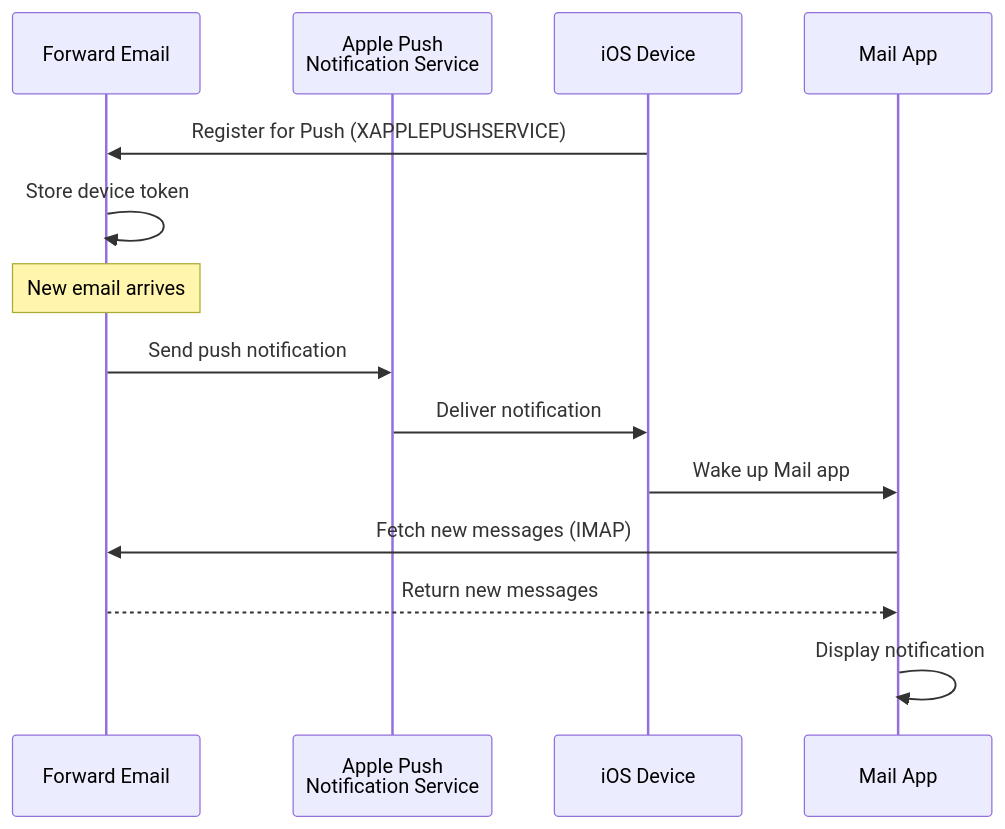
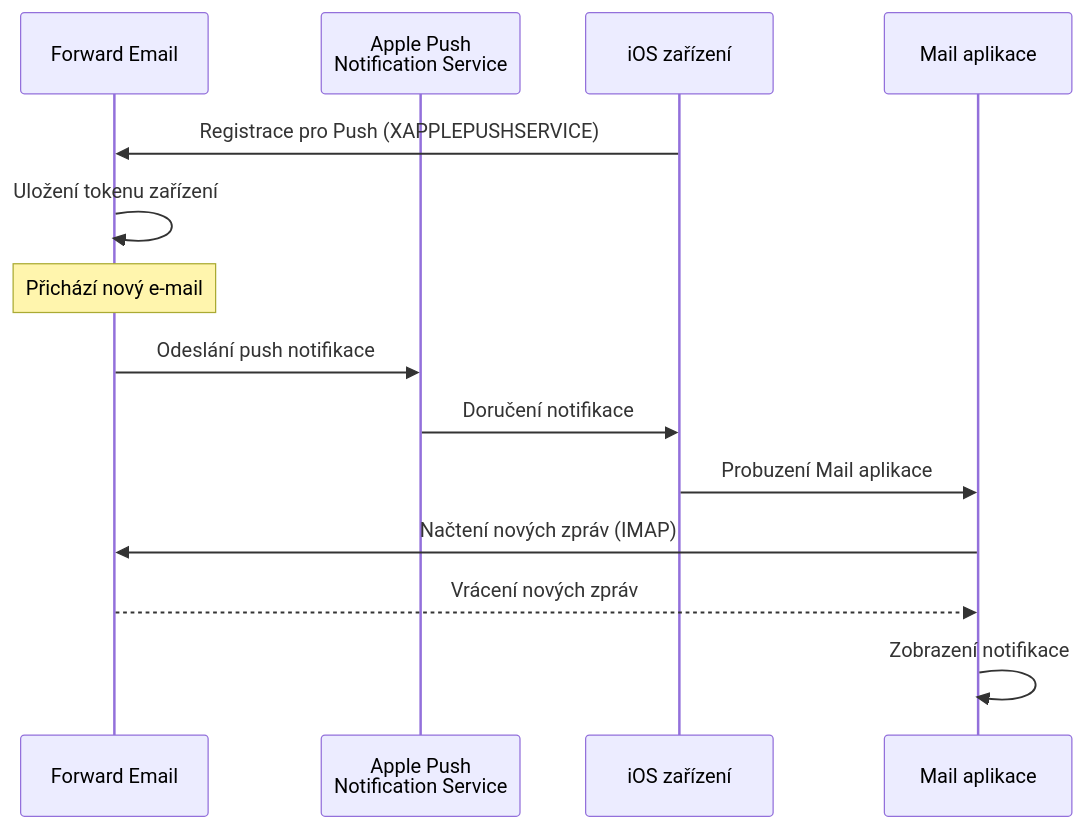
Diagram 16 of 16 in app/views/docs/email-protocols-rfc-compliance-imap-smtp-pop3-comparison/index-cs.md (forwardemail/forwardemail.net), drawn with Mermaid before and after one commit. The commit also changed other lines of this file and 1055 other files, not shown here.

````diff
--- a/app/views/docs/email-protocols-rfc-compliance-imap-smtp-pop3-comparison/index-cs.md
+++ b/app/views/docs/email-protocols-rfc-compliance-imap-smtp-pop3-comparison/index-cs.md
@@ -1931,19 +1924,19 @@
 ```mermaid
 sequenceDiagram
     participant Server as Forward Email
     participant APNS as Apple Push<br/>Notification Service
-    participant iOS as iOS Device
-    participant Mail as Mail App
+    participant iOS as iOS zařízení
+    participant Mail as Mail aplikace
 
-    iOS->>Server: Register for Push (XAPPLEPUSHSERVICE)
-    Server->>Server: Store device token
+    iOS->>Server: Registrace pro Push (XAPPLEPUSHSERVICE)
+    Server->>Server: Uložení tokenu zařízení
 
-    Note over Server: New email arrives
+    Note over Server: Přichází nový e-mail
 
-    Server->>APNS: Send push notification
-    APNS->>iOS: Deliver notification
-    iOS->>Mail: Wake up Mail app
-    Mail->>Server: Fetch new messages (IMAP)
-    Server-->>Mail: Return new messages
-    Mail->>Mail: Display notification
+    Server->>APNS: Odeslání push notifikace
+    APNS->>iOS: Doručení notifikace
+    iOS->>Mail: Probuzení Mail aplikace
+    Mail->>Server: Načtení nových zpráv (IMAP)
+    Server-->>Mail: Vrácení nových zpráv
+    Mail->>Mail: Zobrazení notifikace
 ```
````
